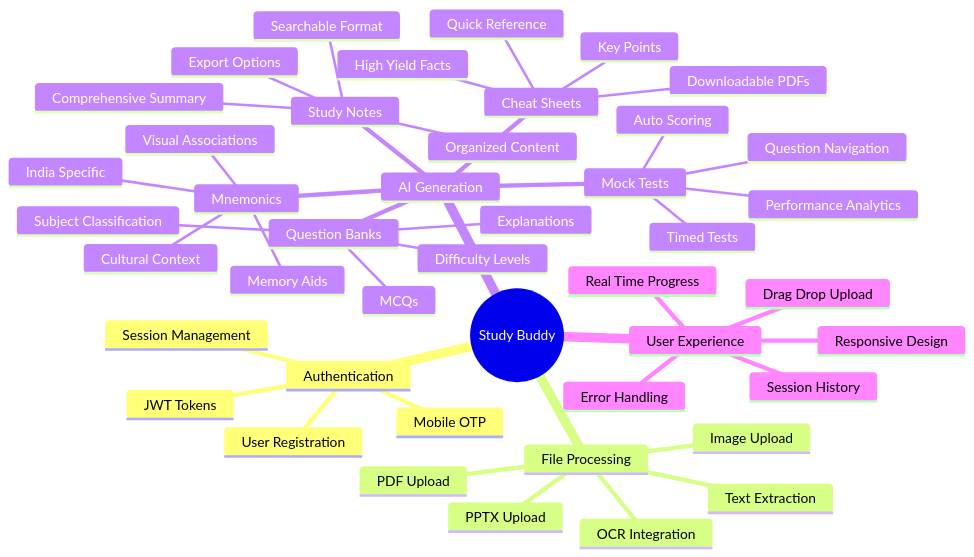
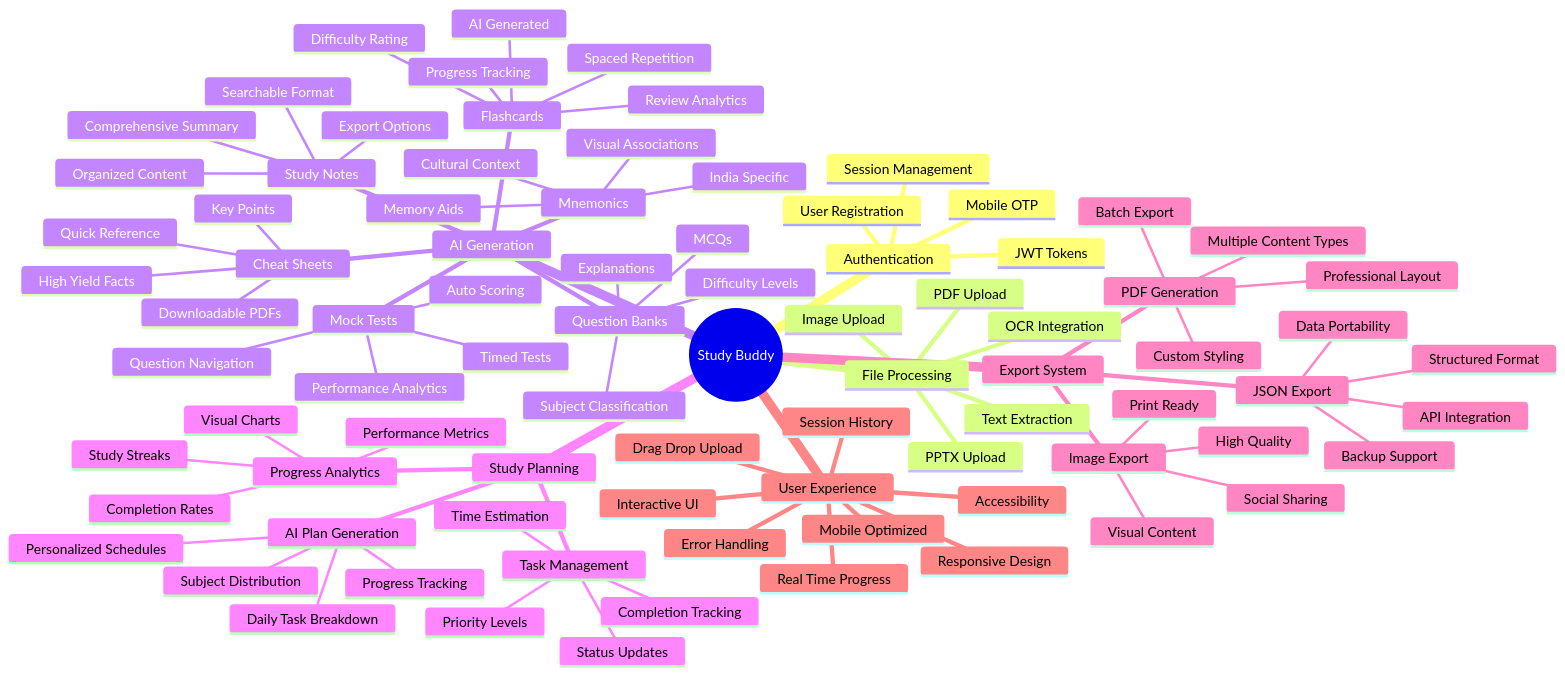
The seventh of 14 diagrams in README.md (deepak2837/dynamous-kiro-hackathon), drawn with Mermaid before and after one commit. The commit also changed other lines of this file and 46 other files, not shown here.

First line of the commit message:
feat: Add comprehensive flashcard generator with spaced repetition

````diff
--- a/README.md
+++ b/README.md
@@ -335,10 +349,51 @@
         Organized Content
         Searchable Format
         Export Options
+      Flashcards
+        AI Generated
+        Spaced Repetition
+        Difficulty Rating
+        Progress Tracking
+        Review Analytics
+    Study Planning
+      AI Plan Generation
+        Personalized Schedules
+        Daily Task Breakdown
+        Subject Distribution
+        Progress Tracking
+      Task Management
+        Completion Tracking
+        Status Updates
+        Priority Levels
+        Time Estimation
+      Progress Analytics
+        Completion Rates
+        Study Streaks
+        Performance Metrics
+        Visual Charts
+    Export System
+      PDF Generation
+        Custom Styling
+        Professional Layout
+        Multiple Content Types
+        Batch Export
+      JSON Export
+        Data Portability
+        API Integration
+        Structured Format
+        Backup Support
+      Image Export
+        Visual Content
+        Social Sharing
+        Print Ready
+        High Quality
     User Experience
       Responsive Design
       Drag Drop Upload
       Real Time Progress
       Session History
       Error Handling
+      Interactive UI
+      Mobile Optimized
+      Accessibility
 ```
````
